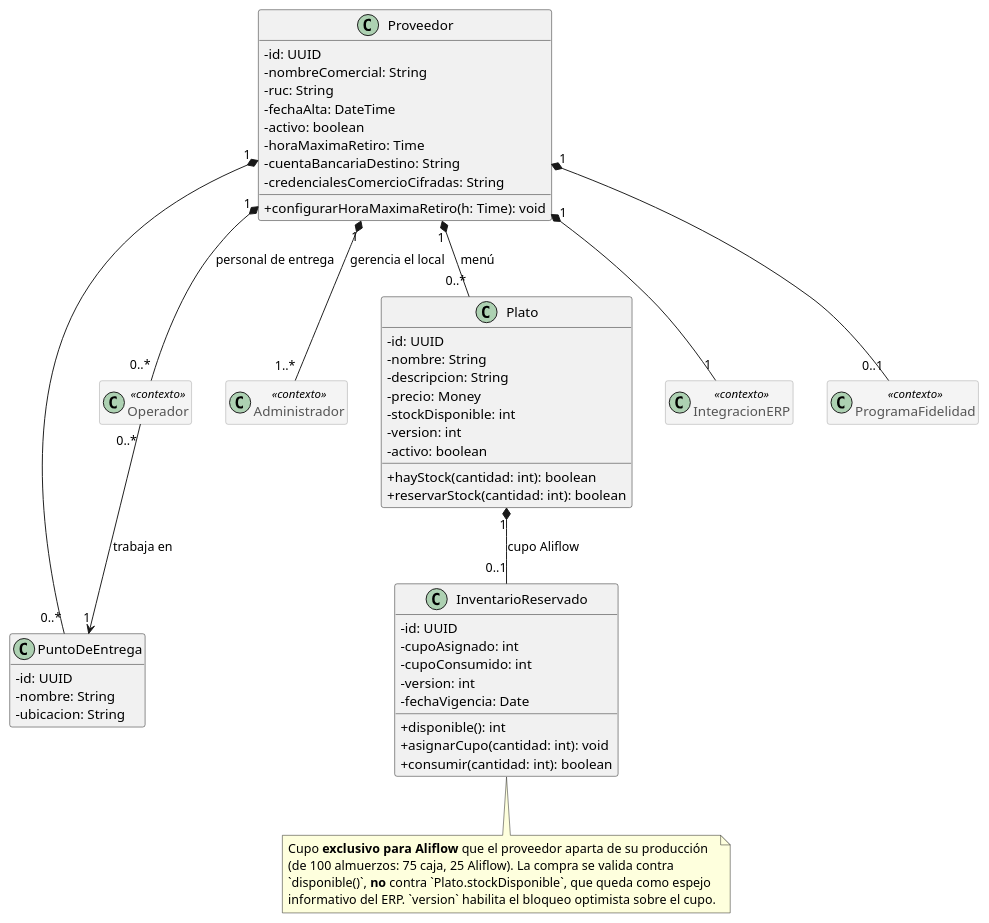
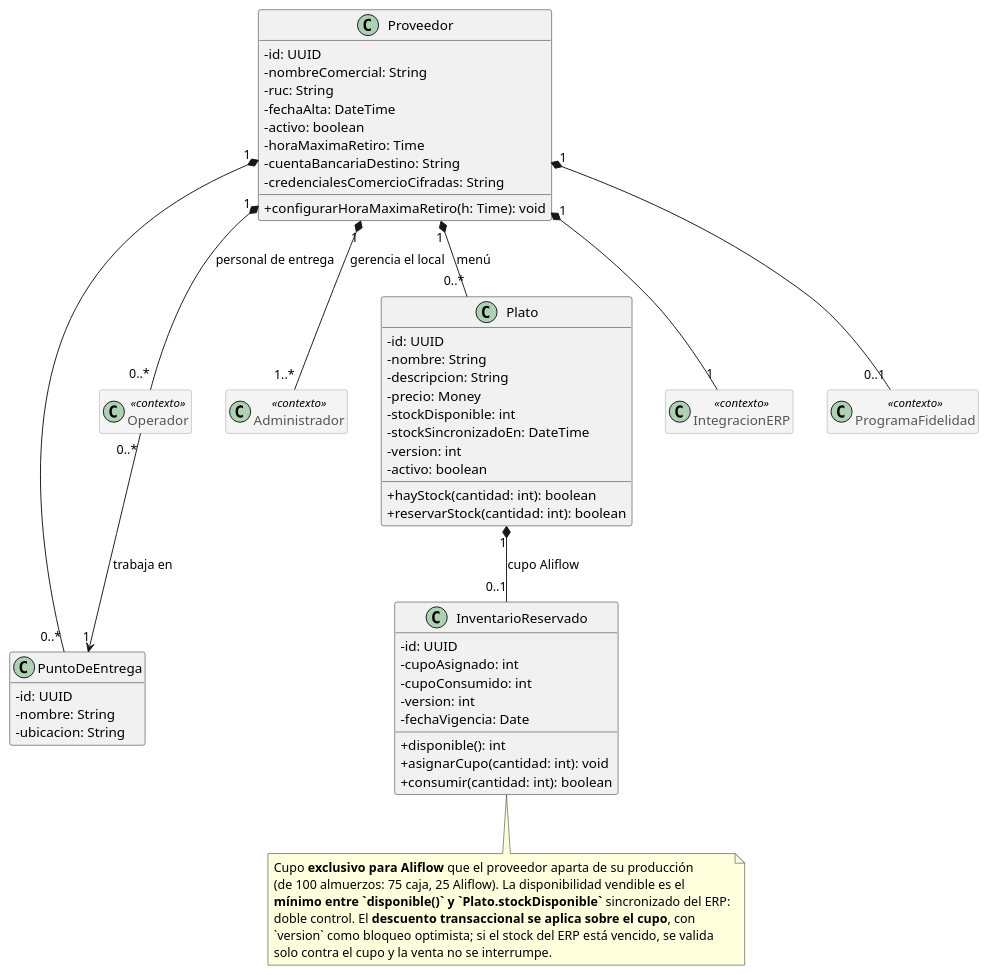
The diagram in Entregables/uml/clases-catalogo.puml (Jesus-JB/aliflow), drawn with PlantUML before and after one commit. The commit also changed 30 other files, not shown here.

```diff
--- a/Entregables/uml/clases-catalogo.puml
+++ b/Entregables/uml/clases-catalogo.puml
@@ -1,74 +1,77 @@
 @startuml clases-catalogo
 
 skinparam classAttributeIconSize 0
 skinparam packageStyle rectangle
 skinparam class {
   BackgroundColor<<contexto>> #F4F4F4
   BorderColor<<contexto>> #9E9E9E
   FontColor<<contexto>> #555555
 }
 hide empty members
 
 class Proveedor {
   - id: UUID
   - nombreComercial: String
   - ruc: String
   - fechaAlta: DateTime
   - activo: boolean
   - horaMaximaRetiro: Time
   - cuentaBancariaDestino: String
   - credencialesComercioCifradas: String
   + configurarHoraMaximaRetiro(h: Time): void
 }
 
 class PuntoDeEntrega {
   - id: UUID
   - nombre: String
   - ubicacion: String
 }
 
 class Plato {
   - id: UUID
   - nombre: String
   - descripcion: String
   - precio: Money
   - stockDisponible: int
+  - stockSincronizadoEn: DateTime
   - version: int
   - activo: boolean
   + hayStock(cantidad: int): boolean
   + reservarStock(cantidad: int): boolean
 }
 
 class InventarioReservado {
   - id: UUID
   - cupoAsignado: int
   - cupoConsumido: int
   - version: int
   - fechaVigencia: Date
   + disponible(): int
   + asignarCupo(cantidad: int): void
   + consumir(cantidad: int): boolean
 }
 
 class Administrador <<contexto>>
 class Operador <<contexto>>
 class IntegracionERP <<contexto>>
 class ProgramaFidelidad <<contexto>>
 
 note bottom of InventarioReservado
   Cupo **exclusivo para Aliflow** que el proveedor aparta de su producción
-  (de 100 almuerzos: 75 caja, 25 Aliflow). La compra se valida contra
-  `disponible()`, **no** contra `Plato.stockDisponible`, que queda como espejo
-  informativo del ERP. `version` habilita el bloqueo optimista sobre el cupo.
+  (de 100 almuerzos: 75 caja, 25 Aliflow). La disponibilidad vendible es el
+  **mínimo entre `disponible()` y `Plato.stockDisponible`** sincronizado del ERP:
+  doble control. El **descuento transaccional se aplica sobre el cupo**, con
+  `version` como bloqueo optimista; si el stock del ERP está vencido, se valida
+  solo contra el cupo y la venta no se interrumpe.
 end note
 
 Proveedor "1" *-- "1..*" Administrador : gerencia el local
 Proveedor "1" *-- "0..*" Operador : personal de entrega
 Proveedor "1" *-- "0..*" PuntoDeEntrega
 Proveedor "1" *-- "0..*" Plato : menú
 Proveedor "1" *-- "1" IntegracionERP
 Proveedor "1" *-- "0..1" ProgramaFidelidad
 Plato "1" *-- "0..1" InventarioReservado : cupo Aliflow
 Operador "0..*" --> "1" PuntoDeEntrega : trabaja en
 
 @enduml
```
